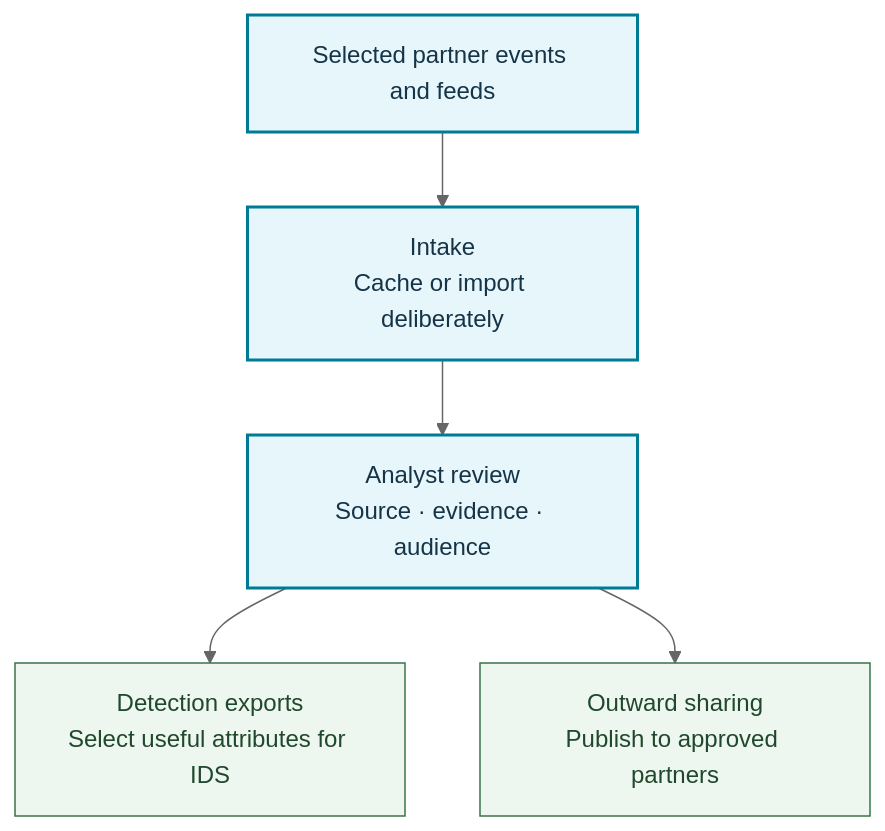
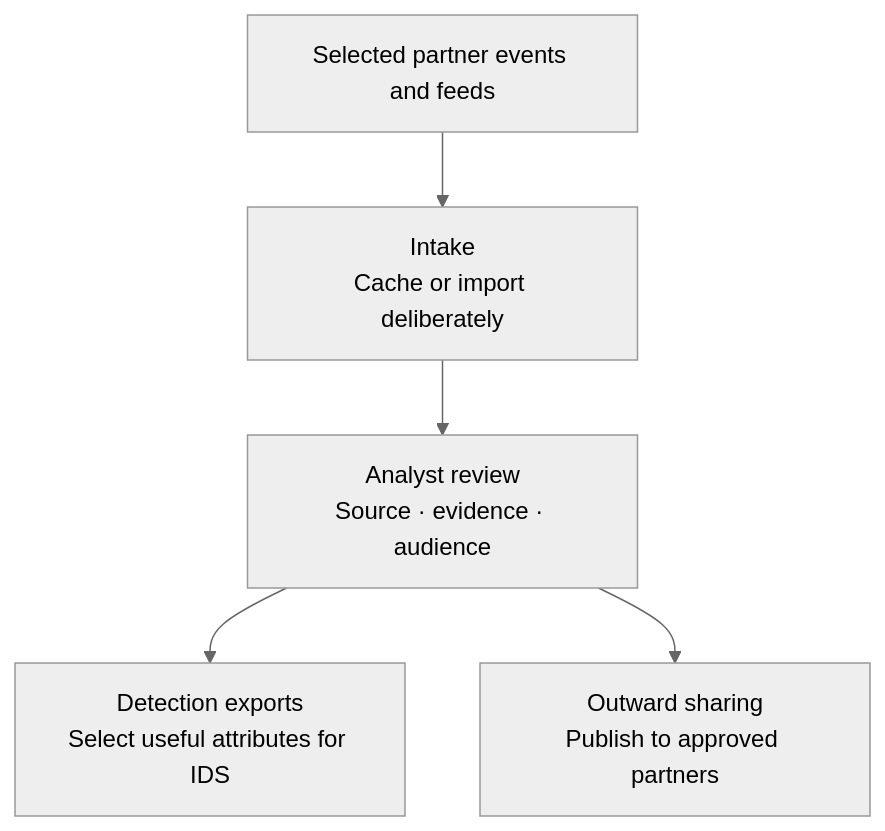
Before and after one commit to MISP/misp-book: the diagram in sharing/figures/review-pipeline.mmd, drawn with Mermaid (neutral theme). The commit also changed 43 other files, not shown here.

Commit message:
Apply a shared MISP theme and logo to all book diagrams

```diff
--- a/sharing/figures/review-pipeline.mmd
+++ b/sharing/figures/review-pipeline.mmd
@@ -1,11 +1,9 @@
 flowchart TB
   accTitle: Review intelligence before detection or outward sharing
   accDescr: Selected partner events and feeds enter an intake stage. Analysts validate sources, remove noise and set the intended audience. Reviewed data can then be selected for detection exports or published to approved partners. Intake and review can be performed within one instance, or on separate staging and operations instances when isolation is needed.
   S["Selected partner events and feeds"] --> I["Intake<br/>Cache or import deliberately"]
   I --> R["Analyst review<br/>Source · evidence · audience"]
   R --> D["Detection exports<br/>Select useful attributes for IDS"]
   R --> P["Outward sharing<br/>Publish to approved partners"]
-  classDef stage fill:#e7f6fa,stroke:#007b96,color:#153448,stroke-width:2px;
-  classDef outcome fill:#edf6ef,stroke:#377448,color:#20482c;
-  class S,I,R stage;
-  class D,P outcome;
+  class S,I,R accent;
+  class D,P success;
```
